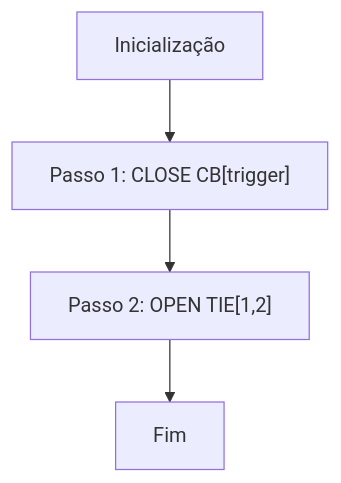
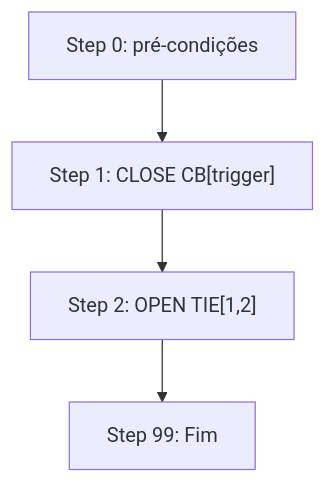
Before and after one commit to leandro-automa/edp-sp-xatm: the second of 3 diagrams in docs/layouts/2T_1TIE.md, drawn with Mermaid. The commit also changed other lines of this file and 3 other files, not shown here.

First line of the commit message:
feat(xatm_lib): give the 2TR2LV_2BB1TIE layout its own step sequences

````diff
--- a/docs/layouts/2T_1TIE.md
+++ b/docs/layouts/2T_1TIE.md
@@ -64,6 +104,6 @@
 ```mermaid
 flowchart TD
-    P0[Inicialização] --> P1
-    P1["Passo 1: CLOSE CB[trigger]"] --> P2
-    P2["Passo 2: OPEN TIE[1,2]"] --> F[Fim]
+    P0[Step 0: pré-condições] --> P1
+    P1["Step 1: CLOSE CB[trigger]"] --> P2
+    P2["Step 2: OPEN TIE[1,2]"] --> F[Step 99: Fim]
 ```
````
